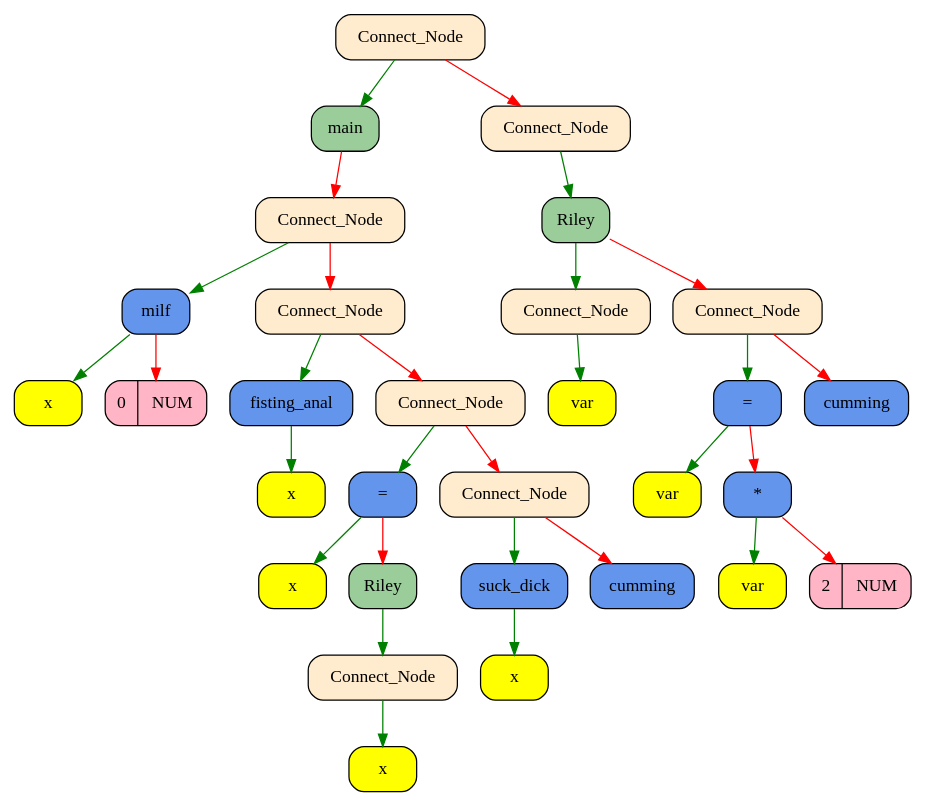
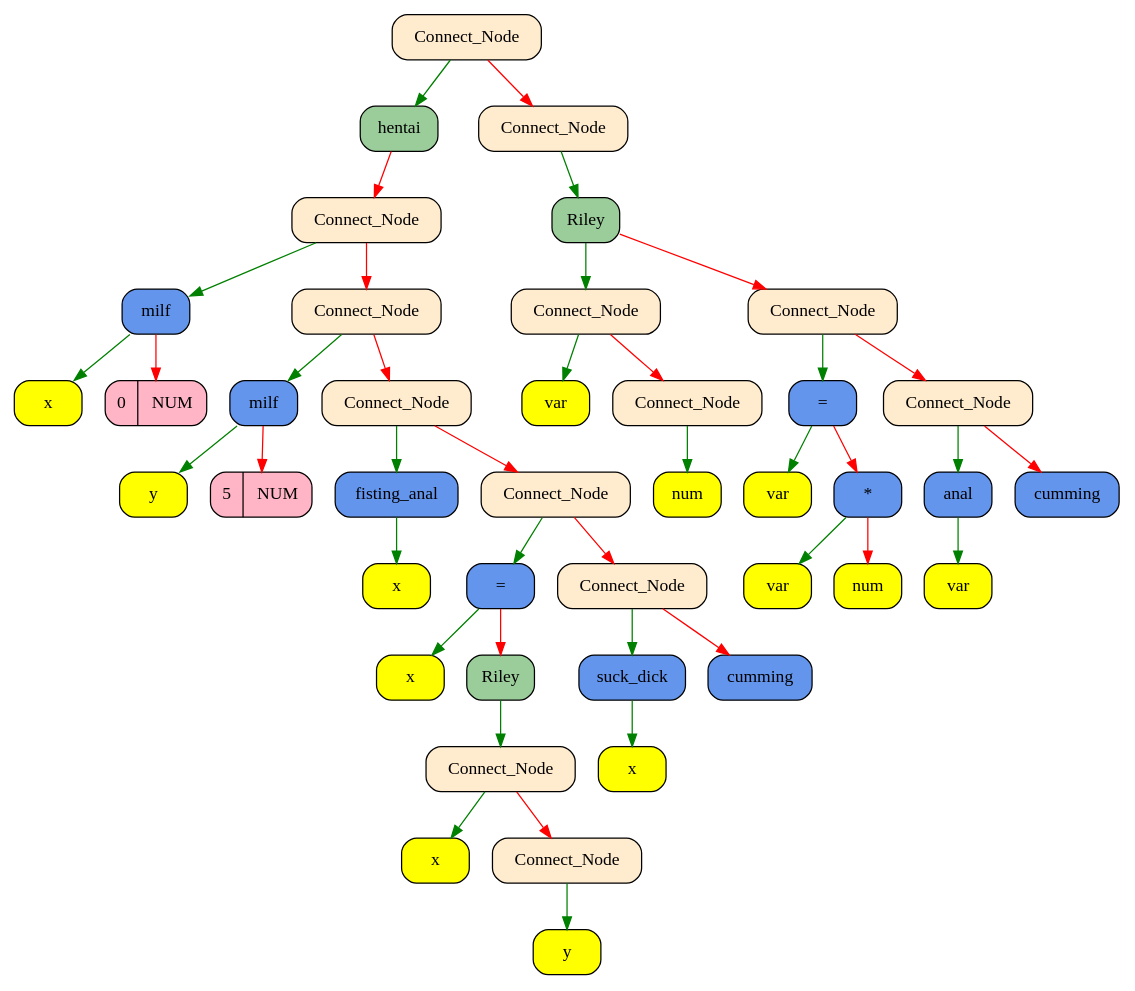
Before and after one commit to Pelmeshka127/Language: the diagram in graphics/graph.dot, drawn with Graphviz. The commit also changed 25 other files, not shown here.

```diff
--- a/graphics/graph.dot
+++ b/graphics/graph.dot
@@ -1,65 +1,87 @@
 digraph Tree
 {
    rankdir = HR;
    node[fontsize=14];
    edge[color="black",fontcolor="blue",fontsize=12];
-   "0x106402920"[shape = Mrecord, style = filled, fillcolor = "blanchedalmond",   label = " <value> Connect_Node"];
-  "0x106402920" -> "0x106402d40" [color = "green"];
-  "0x106402920" -> "0x106402950" [color = "red"];
-   "0x106402d40"[shape = Mrecord, style = filled, fillcolor = "darkseagreen3",   label = " <value> main"];
-  "0x106402d40" -> "0x106402d70" [color = "red"];
-   "0x106402d70"[shape = Mrecord, style = filled, fillcolor = "blanchedalmond",   label = " <value> Connect_Node"];
-  "0x106402d70" -> "0x106401b10" [color = "green"];
-  "0x106402d70" -> "0x106402da0" [color = "red"];
-   "0x106401b10"[shape = Mrecord, style = filled, fillcolor = "cornflowerblue",   label = " <value> milf"];
-  "0x106401b10" -> "0x106401ba0" [color = "green"];
-  "0x106401b10" -> "0x106401b40" [color = "red"];
-   "0x106401ba0"[shape = Mrecord, style = filled, fillcolor = "yellow",   label = " <value> x"];
-   "0x106401b40"[shape = Mrecord, style = filled, fillcolor = "pink1",   label = " <value> 0 | NUM  "];
-   "0x106402da0"[shape = Mrecord, style = filled, fillcolor = "blanchedalmond",   label = " <value> Connect_Node"];
-  "0x106402da0" -> "0x106401a50" [color = "green"];
-  "0x106402da0" -> "0x106402dd0" [color = "red"];
-   "0x106401a50"[shape = Mrecord, style = filled, fillcolor = "cornflowerblue",   label = " <value> fisting_anal"];
-  "0x106401a50" -> "0x106401ab0" [color = "green"];
-   "0x106401ab0"[shape = Mrecord, style = filled, fillcolor = "yellow",   label = " <value> x"];
-   "0x106402dd0"[shape = Mrecord, style = filled, fillcolor = "blanchedalmond",   label = " <value> Connect_Node"];
-  "0x106402dd0" -> "0x106401840" [color = "green"];
-  "0x106402dd0" -> "0x106402e00" [color = "red"];
-   "0x106401840"[shape = Mrecord, style = filled, fillcolor = "cornflowerblue",   label = " <value> ="];
-  "0x106401840" -> "0x1064019f0" [color = "green"];
-  "0x106401840" -> "0x1064018a0" [color = "red"];
-   "0x1064019f0"[shape = Mrecord, style = filled, fillcolor = "yellow",   label = " <value> x"];
-   "0x1064018a0"[shape = Mrecord, style = filled, fillcolor = "darkseagreen3",   label = " <value> Riley"];
-  "0x1064018a0" -> "0x1064018d0" [color = "green"];
-   "0x1064018d0"[shape = Mrecord, style = filled, fillcolor = "blanchedalmond",   label = " <value> Connect_Node"];
-  "0x1064018d0" -> "0x106401930" [color = "green"];
-   "0x106401930"[shape = Mrecord, style = filled, fillcolor = "yellow",   label = " <value> x"];
-   "0x106402e00"[shape = Mrecord, style = filled, fillcolor = "blanchedalmond",   label = " <value> Connect_Node"];
-  "0x106402e00" -> "0x106401780" [color = "green"];
-  "0x106402e00" -> "0x106402e60" [color = "red"];
-   "0x106401780"[shape = Mrecord, style = filled, fillcolor = "cornflowerblue",   label = " <value> suck_dick"];
-  "0x106401780" -> "0x1064017e0" [color = "green"];
-   "0x1064017e0"[shape = Mrecord, style = filled, fillcolor = "yellow",   label = " <value> x"];
-   "0x106402e60"[shape = Mrecord, style = filled, fillcolor = "cornflowerblue",   label = " <value> cumming"];
-   "0x106402950"[shape = Mrecord, style = filled, fillcolor = "blanchedalmond",   label = " <value> Connect_Node"];
-  "0x106402950" -> "0x1064029b0" [color = "green"];
-   "0x1064029b0"[shape = Mrecord, style = filled, fillcolor = "darkseagreen3",   label = " <value> Riley"];
-  "0x1064029b0" -> "0x106402c20" [color = "green"];
-  "0x1064029b0" -> "0x1064029e0" [color = "red"];
-   "0x106402c20"[shape = Mrecord, style = filled, fillcolor = "blanchedalmond",   label = " <value> Connect_Node"];
-  "0x106402c20" -> "0x106402c80" [color = "green"];
-   "0x106402c80"[shape = Mrecord, style = filled, fillcolor = "yellow",   label = " <value> var"];
-   "0x1064029e0"[shape = Mrecord, style = filled, fillcolor = "blanchedalmond",   label = " <value> Connect_Node"];
-  "0x1064029e0" -> "0x106402aa0" [color = "green"];
-  "0x1064029e0" -> "0x106402a40" [color = "red"];
-   "0x106402aa0"[shape = Mrecord, style = filled, fillcolor = "cornflowerblue",   label = " <value> ="];
-  "0x106402aa0" -> "0x106402bf0" [color = "green"];
-  "0x106402aa0" -> "0x106402b00" [color = "red"];
-   "0x106402bf0"[shape = Mrecord, style = filled, fillcolor = "yellow",   label = " <value> var"];
-   "0x106402b00"[shape = Mrecord, style = filled, fillcolor = "cornflowerblue",   label = " <value> *"];
-  "0x106402b00" -> "0x106402b90" [color = "green"];
-  "0x106402b00" -> "0x106402b30" [color = "red"];
-   "0x106402b90"[shape = Mrecord, style = filled, fillcolor = "yellow",   label = " <value> var"];
-   "0x106402b30"[shape = Mrecord, style = filled, fillcolor = "pink1",   label = " <value> 2 | NUM  "];
-   "0x106402a40"[shape = Mrecord, style = filled, fillcolor = "cornflowerblue",   label = " <value> cumming"];
+   "0x1026024d0"[shape = Mrecord, style = filled, fillcolor = "blanchedalmond",   label = " <value> Connect_Node"];
+  "0x1026024d0" -> "0x102602aa0" [color = "green"];
+  "0x1026024d0" -> "0x102602500" [color = "red"];
+   "0x102602aa0"[shape = Mrecord, style = filled, fillcolor = "darkseagreen3",   label = " <value> hentai"];
+  "0x102602aa0" -> "0x102602ad0" [color = "red"];
+   "0x102602ad0"[shape = Mrecord, style = filled, fillcolor = "blanchedalmond",   label = " <value> Connect_Node"];
+  "0x102602ad0" -> "0x102601a20" [color = "green"];
+  "0x102602ad0" -> "0x102602b00" [color = "red"];
+   "0x102601a20"[shape = Mrecord, style = filled, fillcolor = "cornflowerblue",   label = " <value> milf"];
+  "0x102601a20" -> "0x102601ab0" [color = "green"];
+  "0x102601a20" -> "0x102601a50" [color = "red"];
+   "0x102601ab0"[shape = Mrecord, style = filled, fillcolor = "yellow",   label = " <value> x"];
+   "0x102601a50"[shape = Mrecord, style = filled, fillcolor = "pink1",   label = " <value> 0 | NUM  "];
+   "0x102602b00"[shape = Mrecord, style = filled, fillcolor = "blanchedalmond",   label = " <value> Connect_Node"];
+  "0x102602b00" -> "0x102601930" [color = "green"];
+  "0x102602b00" -> "0x102602b30" [color = "red"];
+   "0x102601930"[shape = Mrecord, style = filled, fillcolor = "cornflowerblue",   label = " <value> milf"];
+  "0x102601930" -> "0x1026019c0" [color = "green"];
+  "0x102601930" -> "0x102601960" [color = "red"];
+   "0x1026019c0"[shape = Mrecord, style = filled, fillcolor = "yellow",   label = " <value> y"];
+   "0x102601960"[shape = Mrecord, style = filled, fillcolor = "pink1",   label = " <value> 5 | NUM  "];
+   "0x102602b30"[shape = Mrecord, style = filled, fillcolor = "blanchedalmond",   label = " <value> Connect_Node"];
+  "0x102602b30" -> "0x102601870" [color = "green"];
+  "0x102602b30" -> "0x102602b60" [color = "red"];
+   "0x102601870"[shape = Mrecord, style = filled, fillcolor = "cornflowerblue",   label = " <value> fisting_anal"];
+  "0x102601870" -> "0x1026018d0" [color = "green"];
+   "0x1026018d0"[shape = Mrecord, style = filled, fillcolor = "yellow",   label = " <value> x"];
+   "0x102602b60"[shape = Mrecord, style = filled, fillcolor = "blanchedalmond",   label = " <value> Connect_Node"];
+  "0x102602b60" -> "0x102602d10" [color = "green"];
+  "0x102602b60" -> "0x102602b90" [color = "red"];
+   "0x102602d10"[shape = Mrecord, style = filled, fillcolor = "cornflowerblue",   label = " <value> ="];
+  "0x102602d10" -> "0x102601810" [color = "green"];
+  "0x102602d10" -> "0x102602d70" [color = "red"];
+   "0x102601810"[shape = Mrecord, style = filled, fillcolor = "yellow",   label = " <value> x"];
+   "0x102602d70"[shape = Mrecord, style = filled, fillcolor = "darkseagreen3",   label = " <value> Riley"];
+  "0x102602d70" -> "0x102602da0" [color = "green"];
+   "0x102602da0"[shape = Mrecord, style = filled, fillcolor = "blanchedalmond",   label = " <value> Connect_Node"];
+  "0x102602da0" -> "0x102601750" [color = "green"];
+  "0x102602da0" -> "0x102602dd0" [color = "red"];
+   "0x102601750"[shape = Mrecord, style = filled, fillcolor = "yellow",   label = " <value> x"];
+   "0x102602dd0"[shape = Mrecord, style = filled, fillcolor = "blanchedalmond",   label = " <value> Connect_Node"];
+  "0x102602dd0" -> "0x102602e30" [color = "green"];
+   "0x102602e30"[shape = Mrecord, style = filled, fillcolor = "yellow",   label = " <value> y"];
+   "0x102602b90"[shape = Mrecord, style = filled, fillcolor = "blanchedalmond",   label = " <value> Connect_Node"];
+  "0x102602b90" -> "0x102602c50" [color = "green"];
+  "0x102602b90" -> "0x102602bf0" [color = "red"];
+   "0x102602c50"[shape = Mrecord, style = filled, fillcolor = "cornflowerblue",   label = " <value> suck_dick"];
+  "0x102602c50" -> "0x102602cb0" [color = "green"];
+   "0x102602cb0"[shape = Mrecord, style = filled, fillcolor = "yellow",   label = " <value> x"];
+   "0x102602bf0"[shape = Mrecord, style = filled, fillcolor = "cornflowerblue",   label = " <value> cumming"];
+   "0x102602500"[shape = Mrecord, style = filled, fillcolor = "blanchedalmond",   label = " <value> Connect_Node"];
+  "0x102602500" -> "0x102602560" [color = "green"];
+   "0x102602560"[shape = Mrecord, style = filled, fillcolor = "darkseagreen3",   label = " <value> Riley"];
+  "0x102602560" -> "0x1026028f0" [color = "green"];
+  "0x102602560" -> "0x102602590" [color = "red"];
+   "0x1026028f0"[shape = Mrecord, style = filled, fillcolor = "blanchedalmond",   label = " <value> Connect_Node"];
+  "0x1026028f0" -> "0x1026029e0" [color = "green"];
+  "0x1026028f0" -> "0x102602920" [color = "red"];
+   "0x1026029e0"[shape = Mrecord, style = filled, fillcolor = "yellow",   label = " <value> var"];
+   "0x102602920"[shape = Mrecord, style = filled, fillcolor = "blanchedalmond",   label = " <value> Connect_Node"];
+  "0x102602920" -> "0x102602980" [color = "green"];
+   "0x102602980"[shape = Mrecord, style = filled, fillcolor = "yellow",   label = " <value> num"];
+   "0x102602590"[shape = Mrecord, style = filled, fillcolor = "blanchedalmond",   label = " <value> Connect_Node"];
+  "0x102602590" -> "0x102602740" [color = "green"];
+  "0x102602590" -> "0x1026025c0" [color = "red"];
+   "0x102602740"[shape = Mrecord, style = filled, fillcolor = "cornflowerblue",   label = " <value> ="];
+  "0x102602740" -> "0x1026028c0" [color = "green"];
+  "0x102602740" -> "0x1026027a0" [color = "red"];
+   "0x1026028c0"[shape = Mrecord, style = filled, fillcolor = "yellow",   label = " <value> var"];
+   "0x1026027a0"[shape = Mrecord, style = filled, fillcolor = "cornflowerblue",   label = " <value> *"];
+  "0x1026027a0" -> "0x102602860" [color = "green"];
+  "0x1026027a0" -> "0x102602800" [color = "red"];
+   "0x102602860"[shape = Mrecord, style = filled, fillcolor = "yellow",   label = " <value> var"];
+   "0x102602800"[shape = Mrecord, style = filled, fillcolor = "yellow",   label = " <value> num"];
+   "0x1026025c0"[shape = Mrecord, style = filled, fillcolor = "blanchedalmond",   label = " <value> Connect_Node"];
+  "0x1026025c0" -> "0x102602680" [color = "green"];
+  "0x1026025c0" -> "0x102602620" [color = "red"];
+   "0x102602680"[shape = Mrecord, style = filled, fillcolor = "cornflowerblue",   label = " <value> anal"];
+  "0x102602680" -> "0x1026026e0" [color = "green"];
+   "0x1026026e0"[shape = Mrecord, style = filled, fillcolor = "yellow",   label = " <value> var"];
+   "0x102602620"[shape = Mrecord, style = filled, fillcolor = "cornflowerblue",   label = " <value> cumming"];
 }
```
